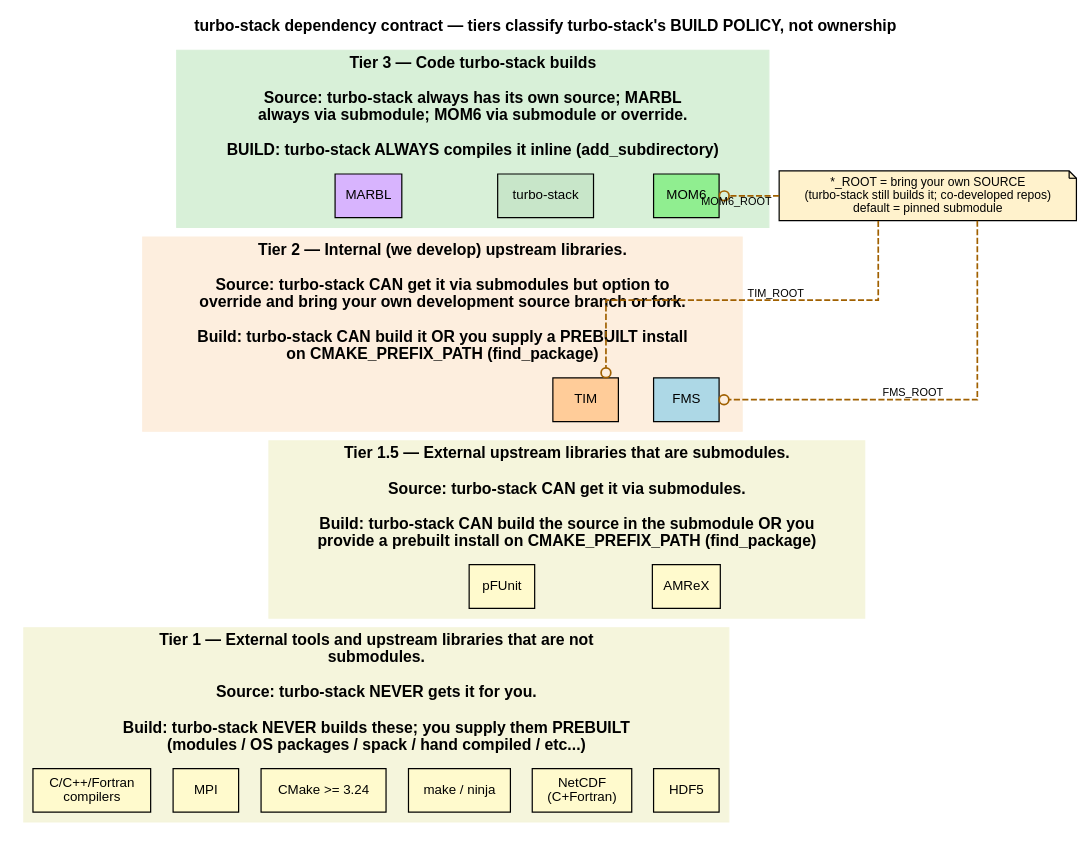
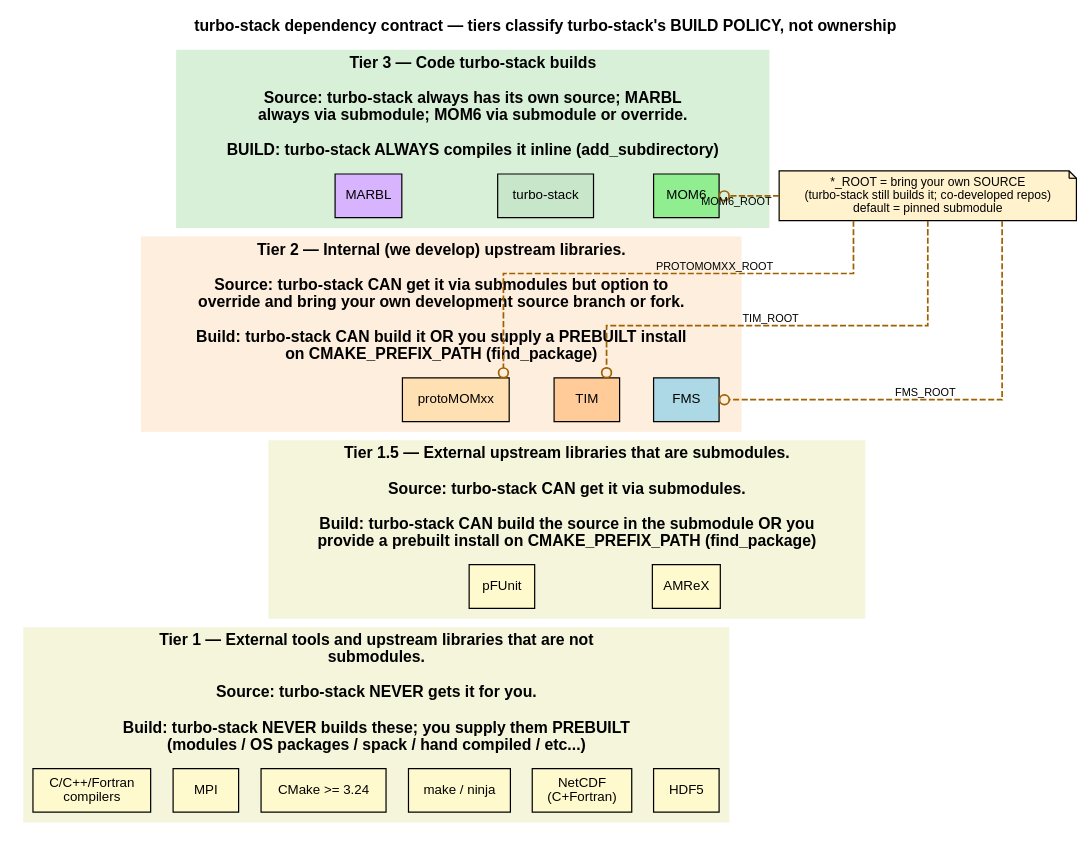
The diagram in docs/dependency_tiers.dot (TURBO-ESM/turbo-stack), drawn with Graphviz before and after one commit. The commit also changed 24 other files, not shown here.

```diff
--- a/docs/dependency_tiers.dot
+++ b/docs/dependency_tiers.dot
@@ -1,83 +1,85 @@
 digraph turbo_stack_tiers { rankdir=TB; compound=true;
     newrank=true;
     node [shape=box, fontname="Helvetica", fontsize=11];
     edge [fontsize=9, fontname="Helvetica"];
     splines=ortho;
 
     label="turbo-stack dependency contract — tiers classify turbo-stack's BUILD POLICY, not ownership";
     labelloc=t; fontname="Helvetica-Bold"; fontsize=13;
 
     // ── Tier 3 — code turbo-stack builds (always inline) ──────────────────────
     subgraph cluster_tier3 {
         label="Tier 3 — Code turbo-stack builds\n\nSource: turbo-stack always has its own source; MARBL\nalways via submodule; MOM6 via submodule or override.\n\nBUILD: turbo-stack ALWAYS compiles it inline (add_subdirectory)";
         style=filled; color="#d8f0d8"; fontname="Helvetica-Bold";
 
         // MOM6 declared first -> rendered rightmost, giving its MOM6_ROOT
         // hot-swap line a clean east-side entry in the right margin.
         t3_mom6  [label="MOM6",        fillcolor="#90ee90", style=filled];
         t3_turbo [label="turbo-stack", fillcolor="#c8e6c9", style=filled];
         t3_marbl [label="MARBL",       fillcolor="#d8b4fe", style=filled];
         {rank=same; t3_mom6; t3_turbo; t3_marbl;}
     }
 
     // ── Tier 2 — internal (we develop) submodule libraries ────────────────────
     subgraph cluster_tier2 {
         label="Tier 2 — Internal (we develop) upstream libraries.\n\nSource: turbo-stack CAN get it via submodules but option to\noverride and bring your own development source branch or fork.\n\nBuild: turbo-stack CAN build it OR you supply a PREBUILT install\non CMAKE_PREFIX_PATH (find_package)";
         style=filled; color="#fdeede"; fontname="Helvetica-Bold";
 
-        t2_fms    [label="FMS",    fillcolor="#add8e6", style=filled];
-        t2_tim    [label="TIM",    fillcolor="#ffcc99", style=filled];
-        // Two invisible spacers keep FMS/TIM in the right half of the band (as
-        // when Tier 2 had four members), so the TIM_ROOT hot-swap label lands in
-        // the clear right margin instead of over the cluster title.
-        t2_padB [style=invis, width=1.0];
+        // Declared in reverse: visual L->R is (spacer), protoMOMxx, TIM, FMS.
+        t2_fms      [label="FMS",        fillcolor="#add8e6", style=filled];
+        t2_tim      [label="TIM",        fillcolor="#ffcc99", style=filled];
+        t2_protomom [label="protoMOMxx", fillcolor="#ffe0b2", style=filled];
+        // One invisible spacer keeps the members in the right half of the band
+        // (as when Tier 2 had four members), so the TIM_ROOT and PROTOMOMXX_ROOT
+        // hot-swap labels land clear of the cluster title.
         t2_padA [style=invis, width=1.0];
-        {rank=same; t2_fms; t2_tim; t2_padB; t2_padA;}
+        {rank=same; t2_fms; t2_tim; t2_protomom; t2_padA;}
     }
 
     // ── Tier 1.5 — externals that are submodules ──────────────────────────────
     subgraph cluster_tier1_5 {
         label="Tier 1.5 — External upstream libraries that are submodules.\n\nSource: turbo-stack CAN get it via submodules.\n\nBuild: turbo-stack CAN build the source in the submodule OR you\nprovide a prebuilt install on CMAKE_PREFIX_PATH (find_package)";
         style=filled; color="#f5f5dc"; fontname="Helvetica-Bold";
 
         // Declared first -> rendered rightmost, so visual L->R is pFUnit, AMReX.
         t15_amrex  [label="AMReX",  fillcolor="#fffacd", style=filled];
         t15_pfunit [label="pFUnit", fillcolor="#fffacd", style=filled];
         {rank=same; t15_amrex; t15_pfunit;}
     }
 
     // ── Tier 1 — external tools/libraries that are not submodules ─────────────
     subgraph cluster_tier1 {
         label="Tier 1 — External tools and upstream libraries that are not\nsubmodules.\n\nSource: turbo-stack NEVER gets it for you.\n\nBuild: turbo-stack NEVER builds these; you supply them PREBUILT\n(modules / OS packages / spack / hand compiled / etc...)";
         style=filled; color="#f5f5dc"; fontname="Helvetica-Bold";
 
         // Declared in reverse: this layout renders a rank right-to-left, so the
         // visual L->R order is compilers, MPI, CMake, make/ninja, NetCDF, HDF5.
         t1_hdf5   [label="HDF5",                fillcolor="#fffacd", style=filled];
         t1_netcdf [label="NetCDF\n(C+Fortran)", fillcolor="#fffacd", style=filled];
         t1_make   [label="make / ninja",        fillcolor="#fffacd", style=filled];
         t1_cmake  [label="CMake >= 3.24",       fillcolor="#fffacd", style=filled];
         t1_mpi    [label="MPI",                 fillcolor="#fffacd", style=filled];
         t1_cc     [label="C/C++/Fortran\ncompilers", fillcolor="#fffacd", style=filled];
         {rank=same; t1_hdf5; t1_netcdf; t1_make; t1_cmake; t1_mpi; t1_cc;}
     }
 
     // Stack the tiers as vertical bands (consumers on top -> prerequisites at the
     // bottom).  One invisible edge per boundary sets the order;
     // rank=same above keeps each tier a single horizontal band.  The spine is
     // anchored on each band's RIGHTMOST node so it stays a straight vertical line.
     t3_mom6   -> t2_fms    [style=invis, weight=10];
     t2_fms    -> t15_amrex [style=invis, weight=10];
     t15_amrex -> t1_hdf5   [style=invis, weight=10];
 
     // Hot-swap cross-cut: the co-developed TURBO-ESM repos (NOT a tier).
     // constraint=false so these annotations do not perturb the banded layout.
     hotswap [shape=note, fillcolor="#fff2cc", style=filled, fontsize=10,
              label="*_ROOT = bring your own SOURCE\n(turbo-stack still builds it; co-developed repos)\ndefault = pinned submodule"];
     // Each hot-swap target is the RIGHTMOST node in its tier, so these dashed
     // lines enter from the east side and stay in the clear right margin instead
     // of crossing the bold cluster-label text at the top of each band.
     hotswap -> t3_mom6 [style=dashed, penwidth=1.4, color="#a06000", arrowhead=odot, constraint=false, xlabel="MOM6_ROOT"];
     hotswap -> t2_fms  [style=dashed, penwidth=1.4, color="#a06000", arrowhead=odot, constraint=false, xlabel="FMS_ROOT"];
     hotswap -> t2_tim  [style=dashed, penwidth=1.4, color="#a06000", arrowhead=odot, constraint=false, xlabel="TIM_ROOT"];
+    hotswap -> t2_protomom [style=dashed, penwidth=1.4, color="#a06000", arrowhead=odot, constraint=false, xlabel="PROTOMOMXX_ROOT"];
 }
```
